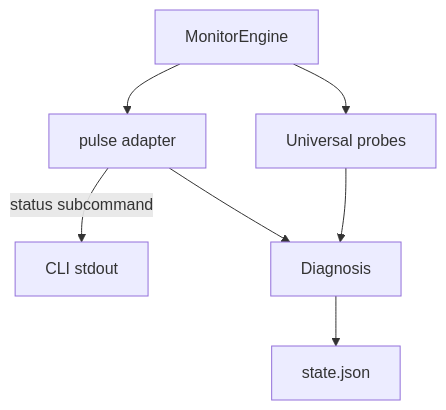
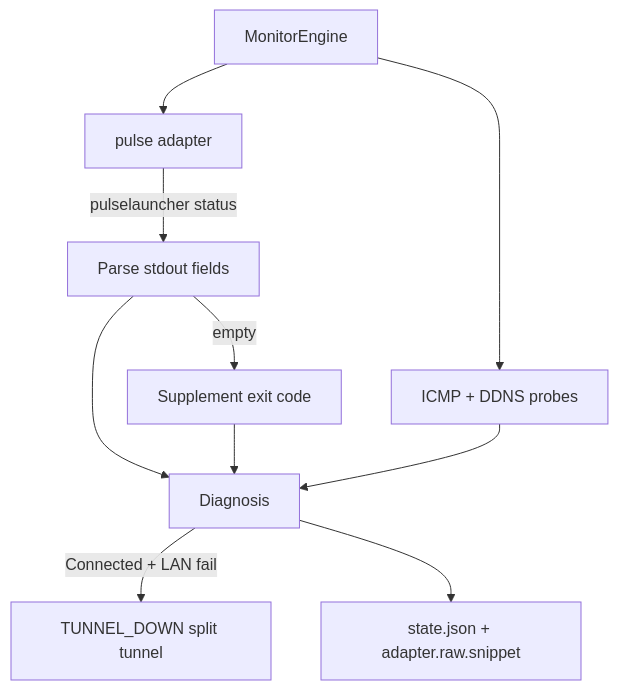
One commit to roto31/Tunnel-Monitor---Universal changed the fourth of 4 diagrams in docs/vpn-solutions/pulse-ivanti.md. Above: the diagram before and after it, drawn with Mermaid. The commit also changed other lines of this file and 25 other files, not shown here.

First line of the commit message:
Docs: add vendor citations, topology SVGs, and updated Mermaid.

````diff
--- a/docs/vpn-solutions/pulse-ivanti.md
+++ b/docs/vpn-solutions/pulse-ivanti.md
@@ -82,9 +92,12 @@
 ```mermaid
 flowchart TB
     E[MonitorEngine] --> A[pulse adapter]
-    A -->|status subcommand| CLI[CLI stdout]
-    E --> P[Universal probes]
-    A --> D[Diagnosis]
+    A -->|pulselauncher status| CLI[Parse stdout fields]
+    CLI -->|empty| EC[Supplement exit code]
+    E --> P[ICMP + DDNS probes]
+    CLI --> D[Diagnosis]
+    EC --> D
     P --> D
-    D --> ST[state.json]
+    D -->|Connected + LAN fail| TD[TUNNEL_DOWN split tunnel]
+    D --> ST[state.json + adapter.raw.snippet]
 ```
````
